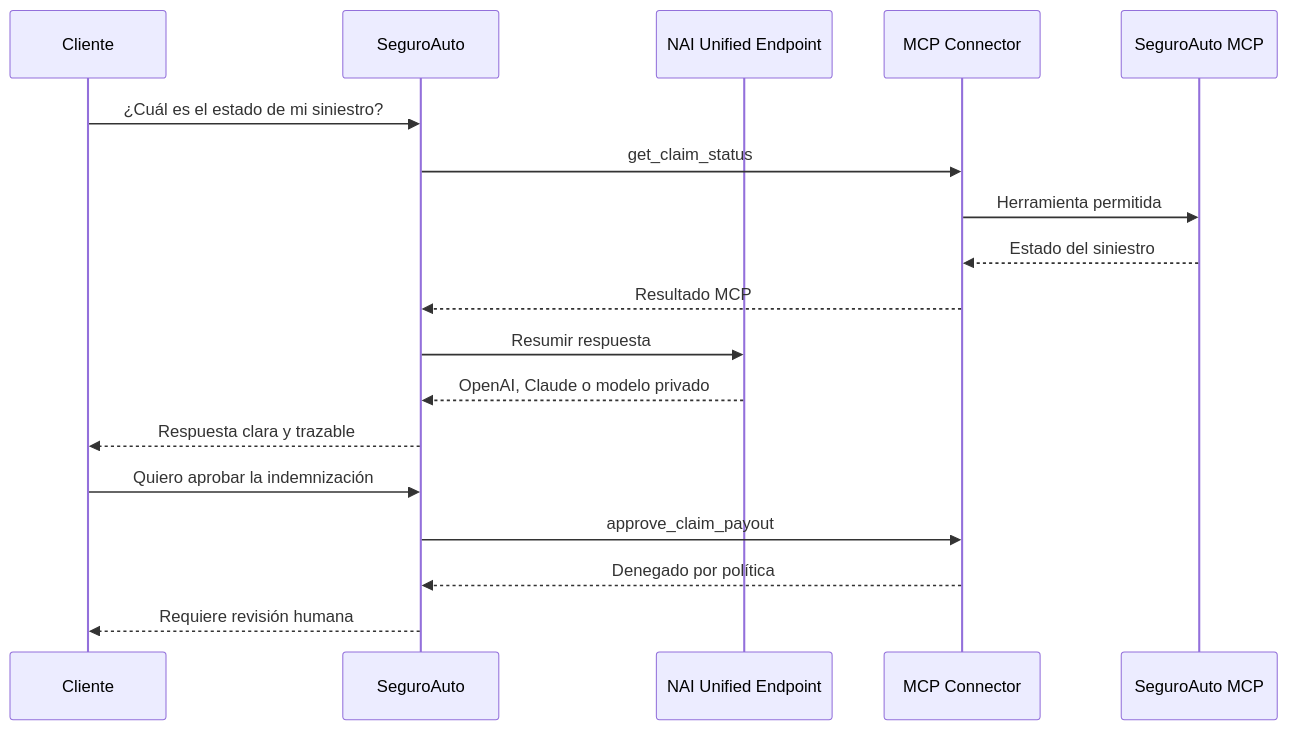
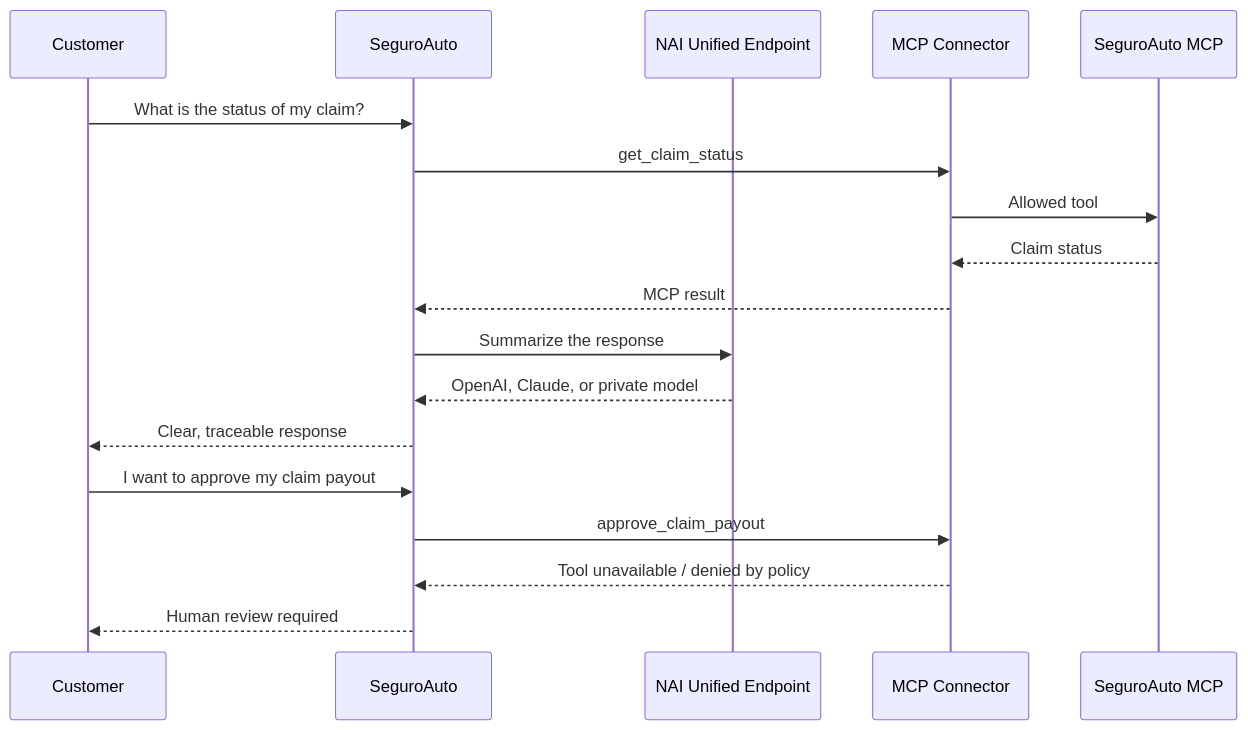
The second of 2 diagrams in README.md (jovalen/nutanix-agent-gateway-se-demo), drawn with Mermaid before and after one commit. The commit also changed other lines of this file, not shown here.

````diff
--- a/README.md
+++ b/README.md
@@ -60,22 +115,22 @@
 ```mermaid
 sequenceDiagram
-    participant C as Cliente
+    participant C as Customer
     participant A as SeguroAuto
     participant G as NAI Unified Endpoint
     participant M as MCP Connector
     participant S as SeguroAuto MCP
 
-    C->>A: ¿Cuál es el estado de mi siniestro?
+    C->>A: What is the status of my claim?
     A->>M: get_claim_status
-    M->>S: Herramienta permitida
-    S-->>M: Estado del siniestro
-    M-->>A: Resultado MCP
-    A->>G: Resumir respuesta
-    G-->>A: OpenAI, Claude o modelo privado
-    A-->>C: Respuesta clara y trazable
+    M->>S: Allowed tool
+    S-->>M: Claim status
+    M-->>A: MCP result
+    A->>G: Summarize the response
+    G-->>A: OpenAI, Claude, or private model
+    A-->>C: Clear, traceable response
 
-    C->>A: Quiero aprobar la indemnización
+    C->>A: I want to approve my claim payout
     A->>M: approve_claim_payout
-    M-->>A: Denegado por política
-    A-->>C: Requiere revisión humana
+    M-->>A: Tool unavailable / denied by policy
+    A-->>C: Human review required
 ```
````
